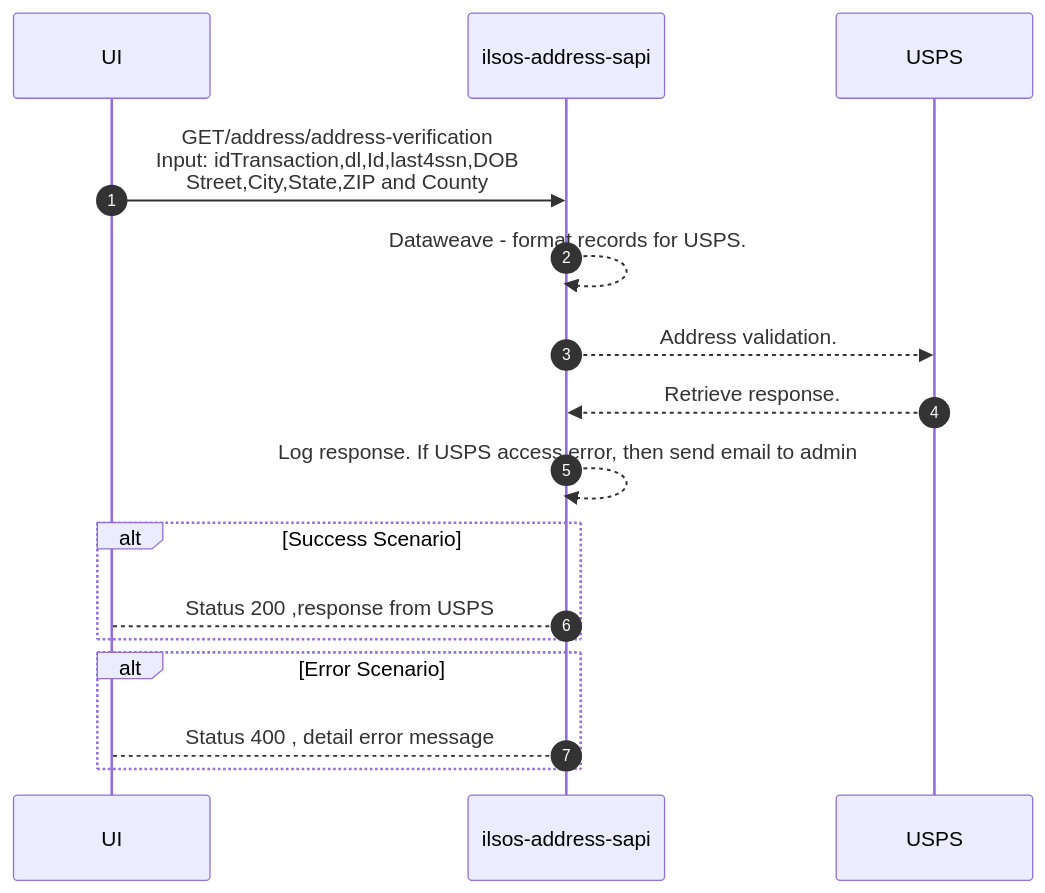
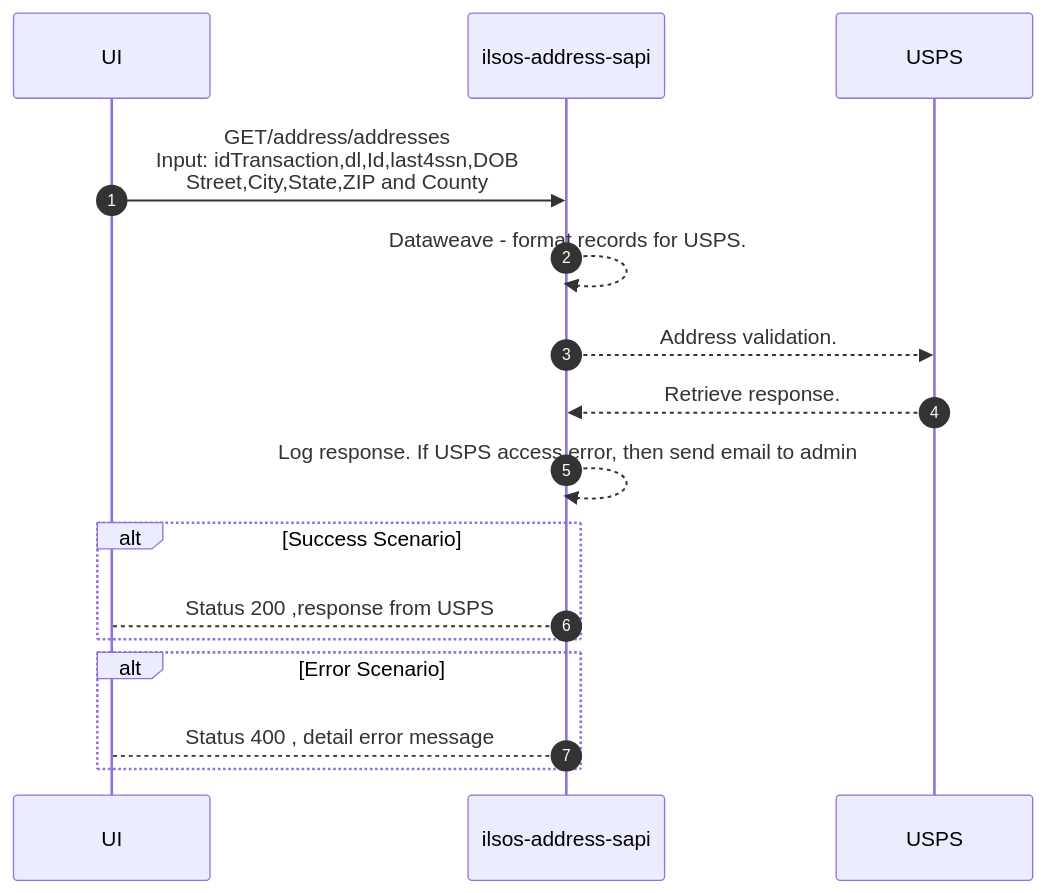
Before and after one commit to acme-devs/ilsos-address-sapi: the diagram in README.md, drawn with Mermaid. The commit also changed other lines of this file, not shown here.

````diff
--- a/README.md
+++ b/README.md
@@ -27,19 +27,19 @@
 ```mermaid
 sequenceDiagram
     autonumber
     participant ui as UI
     participant api as ilsos-address-sapi
     participant usps as USPS
 
-    ui->>api:GET/address/address-verification <br>Input: idTransaction,dl,Id,last4ssn,DOB<br>Street,City,State,ZIP and County
+    ui->>api:GET/address/addresses <br>Input: idTransaction,dl,Id,last4ssn,DOB<br>Street,City,State,ZIP and County
     api-->>api:Dataweave - format records for USPS.
     api-->>usps:Address validation.
     usps-->>api:Retrieve response.
     api-->>api:Log response. If USPS access error, then send email to admin
     alt Success Scenario 
         api-->ui: Status 200 ,response from USPS
     end
     alt Error Scenario 
         api-->ui: Status 400 , detail error message
     end
   ```
````
